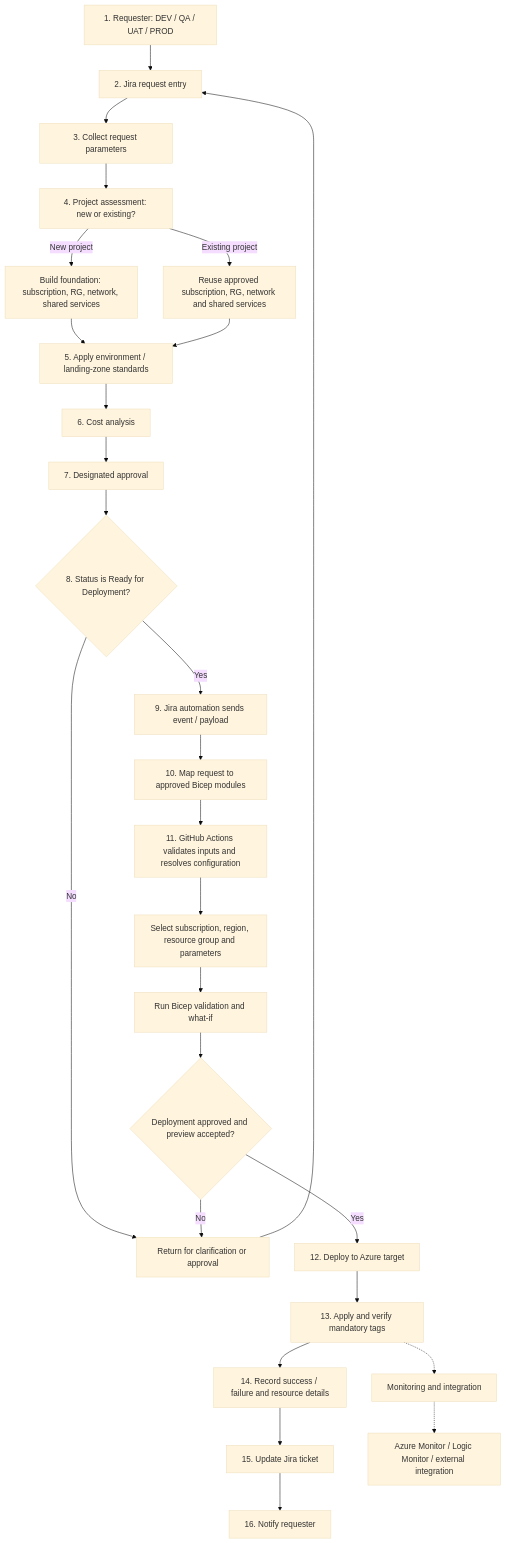
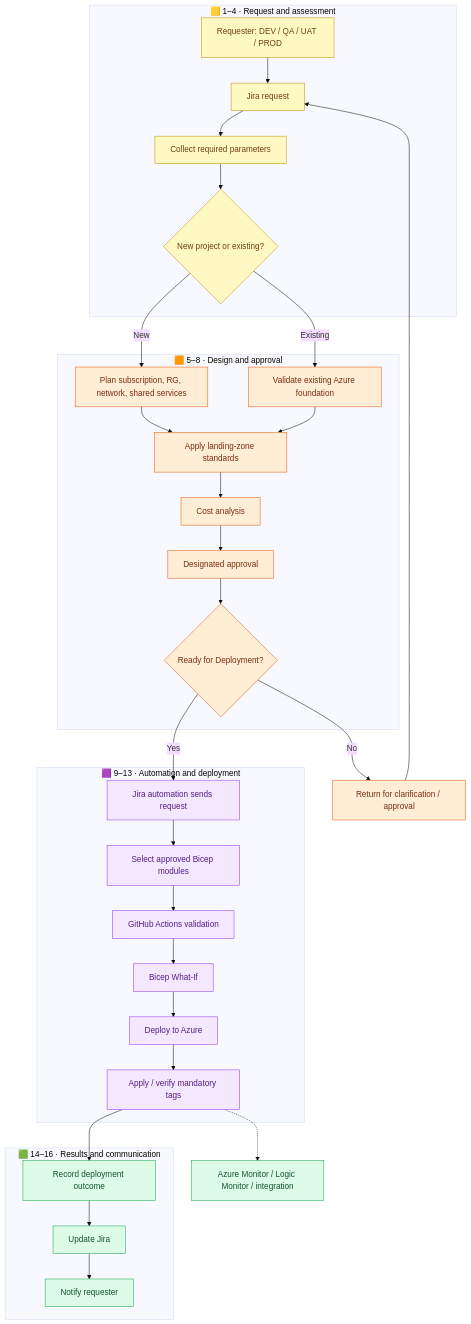
Before and after one commit to OLYMPUSPRIME/GPT-BIFROST: the second of 5 diagrams in README.md, drawn with Mermaid (base theme). The commit also changed other lines of this file, not shown here.

Commit message:
Redesign root README with colored Mermaid workflow diagrams

````diff
--- a/README.md
+++ b/README.md
@@ -96,33 +69,41 @@
 ```mermaid
 flowchart TD
-    A[1. Requester: DEV / QA / UAT / PROD] --> B[2. Jira request entry]
-    B --> C[3. Collect request parameters]
-    C --> D[4. Project assessment: new or existing?]
-
-    D -->|New project| E[Build foundation: subscription, RG, network, shared services]
-    D -->|Existing project| F[Reuse approved subscription, RG, network and shared services]
-
-    E --> G[5. Apply environment / landing-zone standards]
+  subgraph Intake["🟨 1–4 · Request and assessment"]
+    A["Requester: DEV / QA / UAT / PROD"] --> B["Jira request"]
+    B --> C["Collect required parameters"]
+    C --> D{"New project or existing?"}
+  end
+  subgraph Design["🟧 5–8 · Design and approval"]
+    D -->|New| E["Plan subscription, RG, network, shared services"]
+    D -->|Existing| F["Validate existing Azure foundation"]
+    E --> G["Apply landing-zone standards"]
     F --> G
-    G --> H[6. Cost analysis]
-    H --> I[7. Designated approval]
-    I --> J{8. Status is Ready for Deployment?}
-
-    J -->|No| K[Return for clarification or approval]
-    K --> B
-    J -->|Yes| L[9. Jira automation sends event / payload]
-
-    L --> M[10. Map request to approved Bicep modules]
-    M --> N[11. GitHub Actions validates inputs and resolves configuration]
-    N --> O[Select subscription, region, resource group and parameters]
-    O --> P[Run Bicep validation and what-if]
-    P --> Q{Deployment approved and preview accepted?}
-    Q -->|No| K
-    Q -->|Yes| R[12. Deploy to Azure target]
-    R --> S[13. Apply and verify mandatory tags]
-    S --> T[14. Record success / failure and resource details]
-    T --> U[15. Update Jira ticket]
-    U --> V[16. Notify requester]
-    S -.-> W[Monitoring and integration]
-    W -.-> X[Azure Monitor / Logic Monitor / external integration]
+    G --> H["Cost analysis"]
+    H --> I["Designated approval"]
+    I --> J{"Ready for Deployment?"}
+  end
+  subgraph Delivery["🟪 9–13 · Automation and deployment"]
+    J -->|Yes| K["Jira automation sends request"]
+    K --> L["Select approved Bicep modules"]
+    L --> M["GitHub Actions validation"]
+    M --> N["Bicep What-If"]
+    N --> O["Deploy to Azure"]
+    O --> P["Apply / verify mandatory tags"]
+  end
+  subgraph Closure["🟩 14–16 · Results and communication"]
+    P --> Q["Record deployment outcome"]
+    Q --> R["Update Jira"]
+    R --> S["Notify requester"]
+  end
+  J -->|No| T["Return for clarification / approval"]
+  T --> B
+  P -.-> U["Azure Monitor / Logic Monitor / integration"]
+  classDef intake fill:#fef9c3,stroke:#ca8a04,color:#713f12;
+  classDef design fill:#ffedd5,stroke:#ea580c,color:#7c2d12;
+  classDef delivery fill:#f3e8ff,stroke:#9333ea,color:#581c87;
+  classDef closure fill:#dcfce7,stroke:#16a34a,color:#14532d;
+  class A,B,C,D intake;
+  class E,F,G,H,I,J,T design;
+  class K,L,M,N,O,P delivery;
+  class Q,R,S,U closure;
 ```
````
